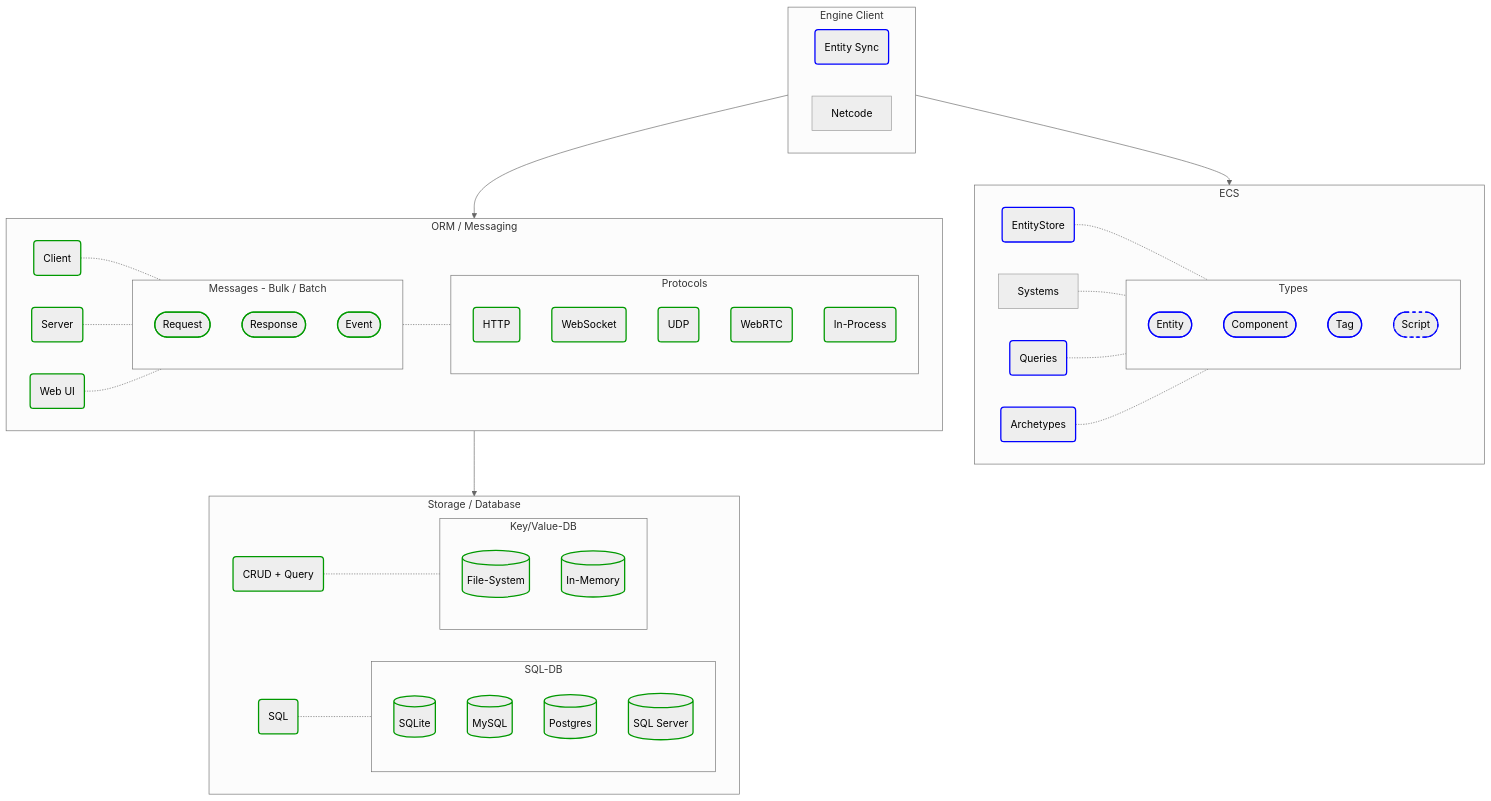
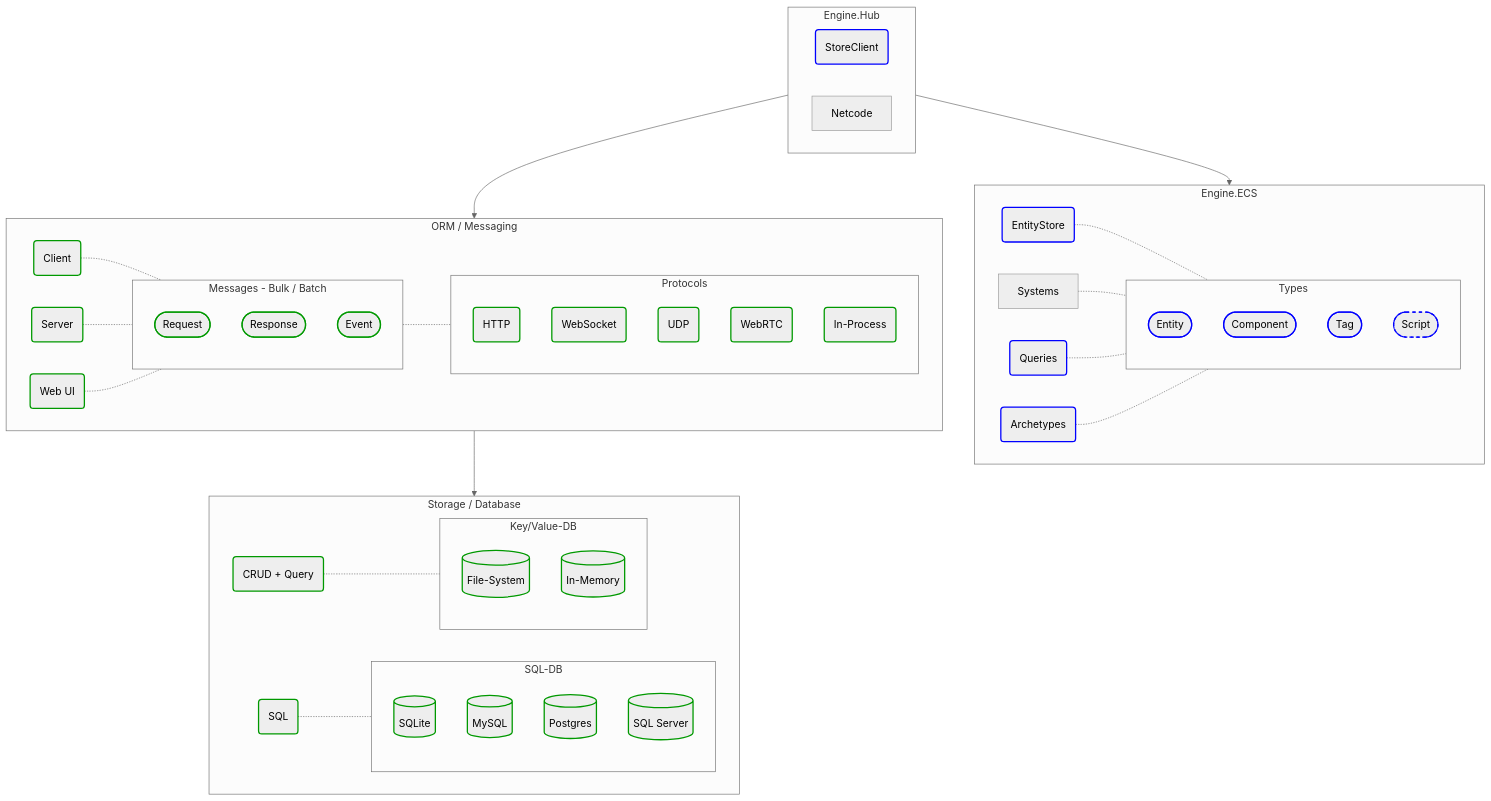
Before and after one commit to friflo/Friflo.Json.Fliox: the second of 4 diagrams in Engine/README.md, drawn with Mermaid (neutral theme). The commit also changed other lines of this file, not shown here.

Commit message:
Engine - update names in README.md

````diff
--- a/Engine/README.md
+++ b/Engine/README.md
@@ -167,12 +167,12 @@
     classDef implemented        stroke:#00f,stroke-width:2px;
     classDef implementedDotted  stroke:#00f,stroke-width:2px,stroke-dasharray: 5 5;
 
-    subgraph Engine-Client[Engine Client];
-        Sync(Entity Sync):::implemented;
+    subgraph Engine.Hub;
+        StoreClient(StoreClient):::implemented;
         Netcode;
     end
 
-    subgraph ECS;
+    subgraph Engine.ECS;
         EntityStore(EntityStore):::implemented
         Systems
         Queries(Queries):::implemented
@@ -243,8 +243,8 @@
         end
     end
 
-    Engine-Client   --> ECS
-    Engine-Client   --> ORM
+    Engine.Hub      --> Engine.ECS
+    Engine.Hub      --> ORM
     ORM             --> Storage
     
 ```
````
